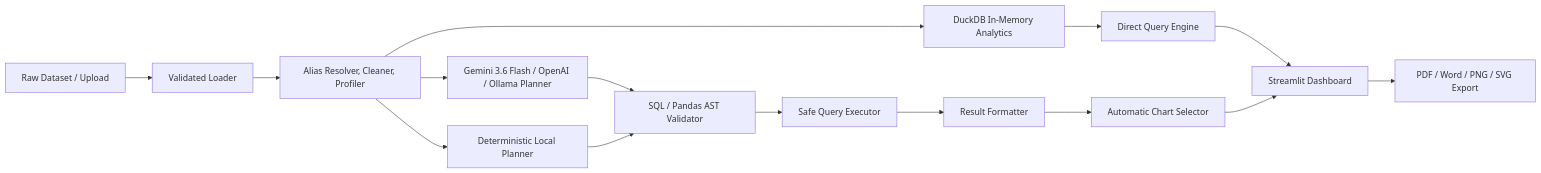
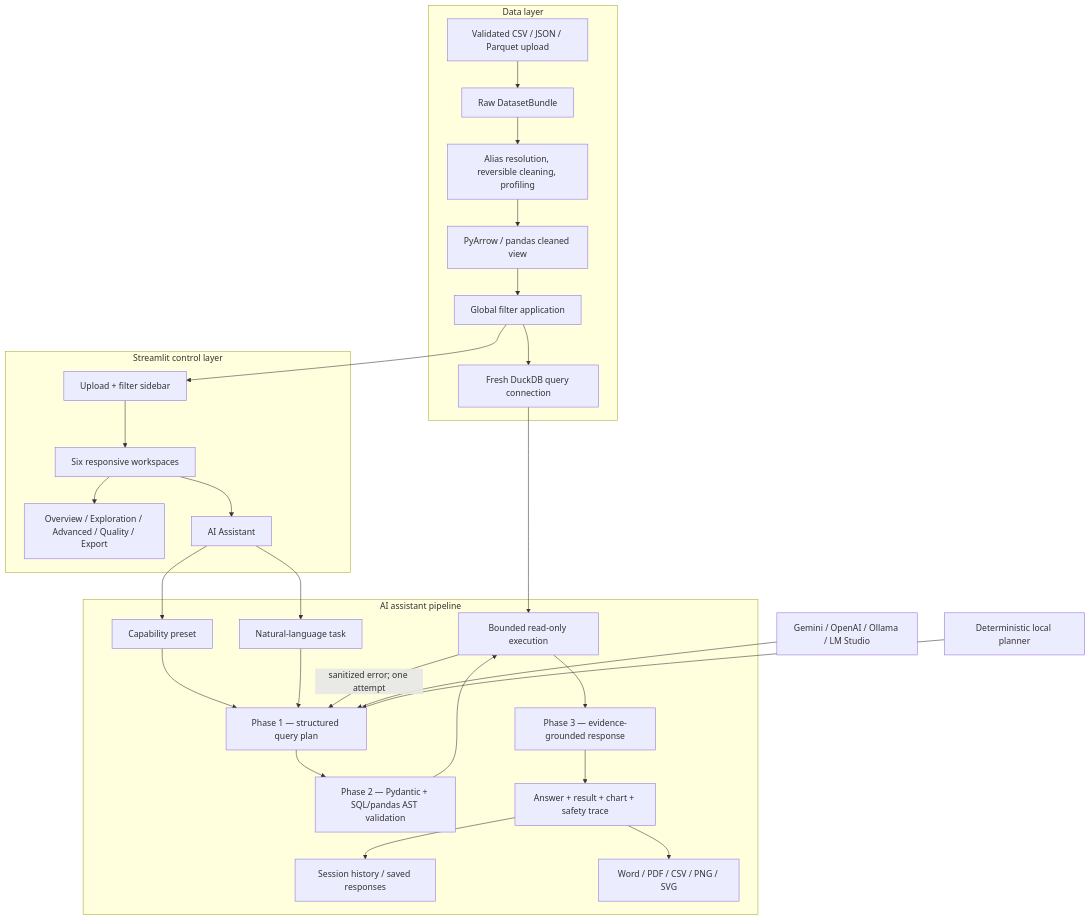
Before and after one commit to Monokayser/ai-ecommerce-analytics: the diagram in docs/architecture.md, drawn with Mermaid. The commit also changed other lines of this file and 14 other files, not shown here.

````diff
--- a/docs/architecture.md
+++ b/docs/architecture.md
@@ -5,17 +5,35 @@
 ```mermaid
-flowchart LR
-    A["Raw Dataset / Upload"] --> B["Validated Loader"]
-    B --> C["Alias Resolver, Cleaner, Profiler"]
-    C --> D["DuckDB In-Memory Analytics"]
-    D --> E["Direct Query Engine"]
-    C --> F["Gemini 3.6 Flash / OpenAI / Ollama Planner"]
-    C --> M["Deterministic Local Planner"]
-    F --> G["SQL / Pandas AST Validator"]
-    M --> G
-    G --> H["Safe Query Executor"]
-    H --> I["Result Formatter"]
-    I --> J["Automatic Chart Selector"]
-    E --> K["Streamlit Dashboard"]
+flowchart TB
+    subgraph DATA["Data layer"]
+        A["Validated CSV / JSON / Parquet upload"] --> B["Raw DatasetBundle"]
+        B --> C["Alias resolution, reversible cleaning, profiling"]
+        C --> D["PyArrow / pandas cleaned view"]
+        D --> E["Global filter application"]
+        E --> F["Fresh DuckDB query connection"]
+    end
+
+    subgraph UI["Streamlit control layer"]
+        G["Upload + filter sidebar"] --> H["Six responsive workspaces"]
+        H --> I["Overview / Exploration / Advanced / Quality / Export"]
+        H --> J["AI Assistant"]
+    end
+
+    subgraph AGENT["AI assistant pipeline"]
+        K["Capability preset"] --> M["Phase 1 — structured query plan"]
+        L["Natural-language task"] --> M
+        M --> N["Phase 2 — Pydantic + SQL/pandas AST validation"]
+        N --> O["Bounded read-only execution"]
+        O -->|"sanitized error; one attempt"| M
+        O --> P["Phase 3 — evidence-grounded response"]
+        P --> Q["Answer + result + chart + safety trace"]
+        Q --> R["Session history / saved responses"]
+        Q --> S["Word / PDF / CSV / PNG / SVG"]
+    end
+
+    E --> G
     J --> K
-    K --> L["PDF / Word / PNG / SVG Export"]
+    J --> L
+    F --> O
+    T["Gemini / OpenAI / Ollama / LM Studio"] --> M
+    U["Deterministic local planner"] --> M
 ```
````
